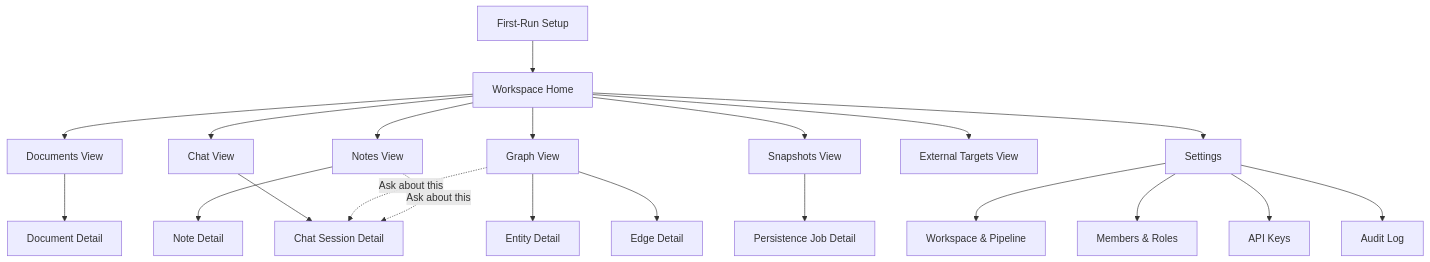
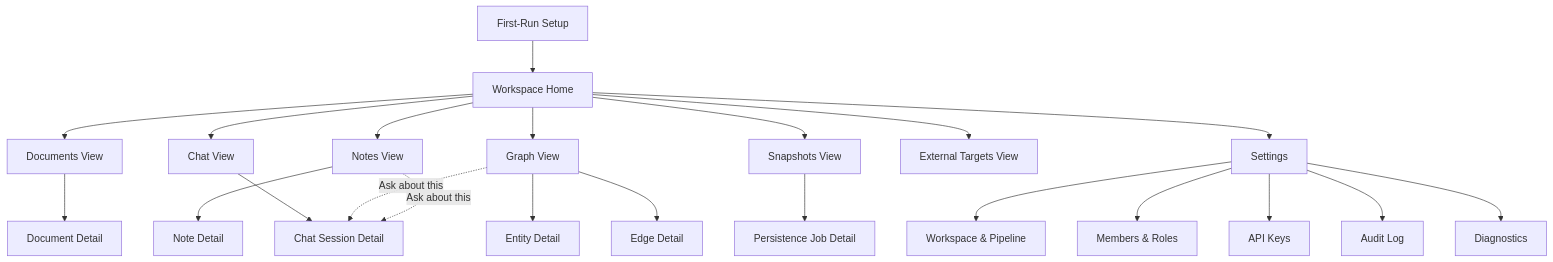
The first of 6 diagrams in specs/uiux.md (CohereJohnny/zkast), drawn with Mermaid before and after one commit. The commit also changed other lines of this file and 10 other files, not shown here.

````diff
--- a/specs/uiux.md
+++ b/specs/uiux.md
@@ -17,23 +17,24 @@
 ```mermaid
 flowchart TD
     Onboarding[First-Run Setup] --> Workspace[Workspace Home]
     Workspace --> Documents[Documents View]
     Workspace --> Notes[Notes View]
     Workspace --> Graph[Graph View]
     Workspace --> Chat[Chat View]
     Workspace --> Snapshots[Snapshots View]
     Workspace --> Targets[External Targets View]
     Workspace --> Settings[Settings]
     Settings --> WorkspaceSettings[Workspace & Pipeline]
     Settings --> Members[Members & Roles]
     Settings --> Keys[API Keys]
     Settings --> Audit[Audit Log]
+    Settings --> Diagnostics[Diagnostics]
     Snapshots --> Persistence[Persistence Job Detail]
     Documents --> DocumentDetail[Document Detail]
     Notes --> NoteDetail[Note Detail]
     Graph --> EntityDetail[Entity Detail]
     Graph --> EdgeDetail[Edge Detail]
     Chat --> ChatSession[Chat Session Detail]
     Graph -.->|"Ask about this"| ChatSession
     Notes -.->|"Ask about this"| ChatSession
 ```
````
